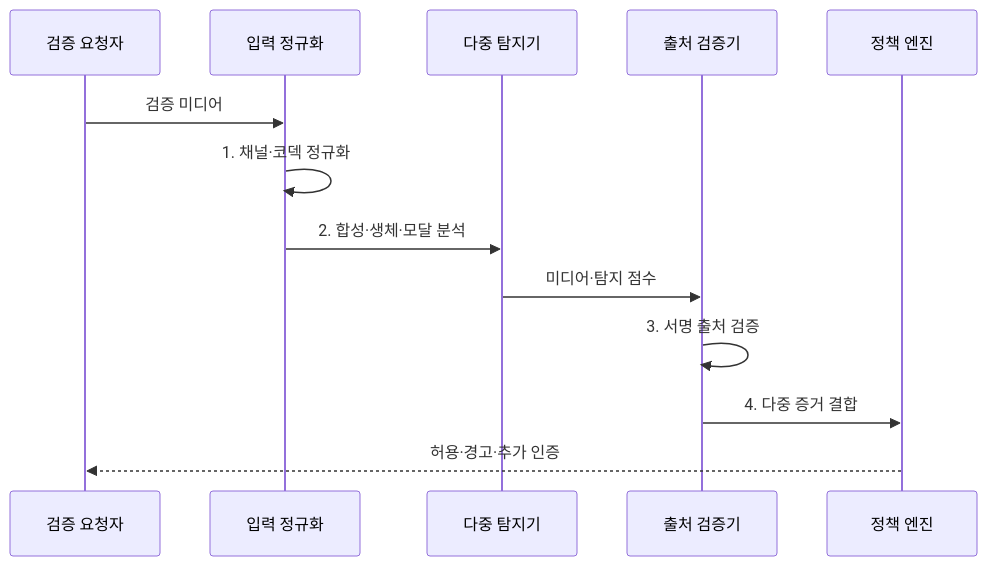
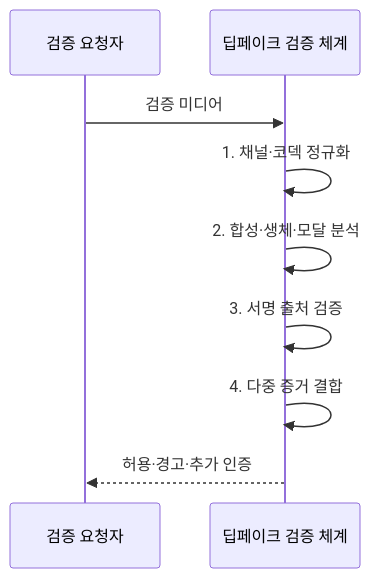
The second of 2 diagrams in src/content/docs/notes/05-security/092_deepfake_detection.md (agnusdei1207/knowledge-base), drawn with Mermaid before and after one commit. The commit also changed 9 other files, not shown here.

Commit message:
Simplify AI security sequence actors

````diff
--- a/src/content/docs/notes/05-security/092_deepfake_detection.md
+++ b/src/content/docs/notes/05-security/092_deepfake_detection.md
@@ -100,15 +100,11 @@
 ```mermaid
 sequenceDiagram
     participant U as 검증 요청자
-    participant N as 입력 정규화
-    participant D as 다중 탐지기
-    participant P as 출처 검증기
-    participant E as 정책 엔진
-    U->>N: 검증 미디어
-    N->>N: 1. 채널·코덱 정규화
-    N->>D: 2. 합성·생체·모달 분석
-    D->>P: 미디어·탐지 점수
-    P->>P: 3. 서명 출처 검증
-    P->>E: 4. 다중 증거 결합
-    E-->>U: 허용·경고·추가 인증
+    participant D as 딥페이크 검증 체계
+    U->>D: 검증 미디어
+    D->>D: 1. 채널·코덱 정규화
+    D->>D: 2. 합성·생체·모달 분석
+    D->>D: 3. 서명 출처 검증
+    D->>D: 4. 다중 증거 결합
+    D-->>U: 허용·경고·추가 인증
 ```
````
